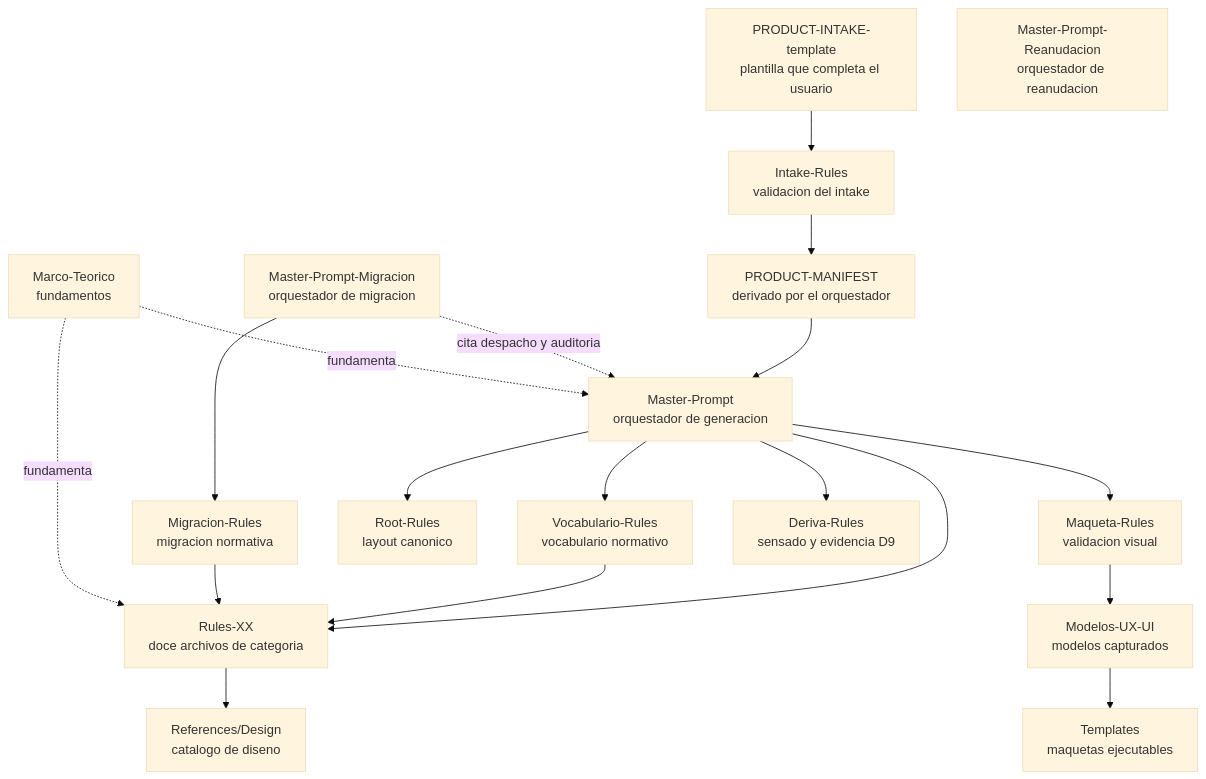
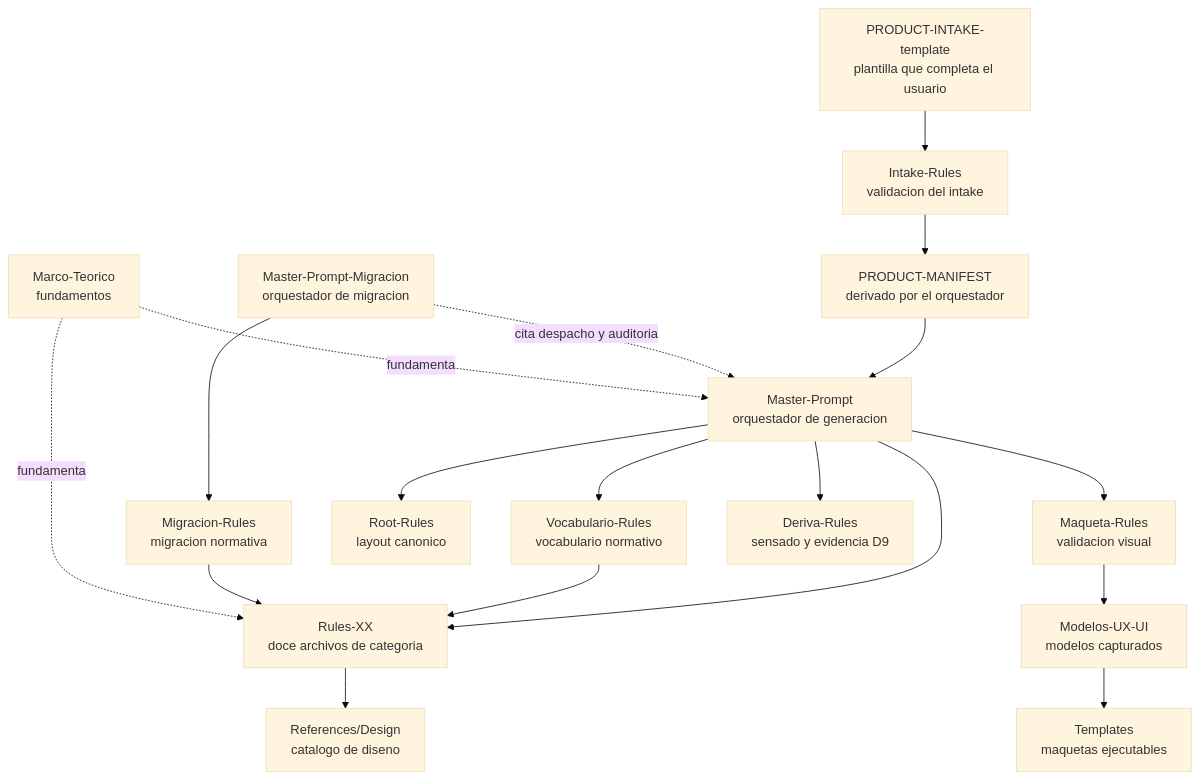
The first of 3 diagrams in _legacy/8.9/SDD/Guides/SDD-Development-Guide.md (hdcm-dev/IA.SDD), drawn with Mermaid (base theme) before and after one commit. The commit also changed other lines of this file and 96 other files, not shown here.

````diff
--- a/_legacy/8.9/SDD/Guides/SDD-Development-Guide.md
+++ b/_legacy/8.9/SDD/Guides/SDD-Development-Guide.md
@@ -88,37 +88,36 @@
 ```mermaid
 graph TD
     INTAKE[PRODUCT-INTAKE-template<br/>plantilla que completa el usuario]
     IR[Intake-Rules<br/>validacion del intake]
     VOC[Vocabulario-Rules<br/>vocabulario normativo]
     MANIF[PRODUCT-MANIFEST<br/>derivado por el orquestador]
     MP[Master-Prompt<br/>orquestador de generacion]
     MPM[Master-Prompt-Migracion<br/>orquestador de migracion]
-    MPR[Master-Prompt-Reanudacion<br/>orquestador de reanudacion]
     MIG[Migracion-Rules<br/>migracion normativa]
     RULES[Rules-XX<br/>doce archivos de categoria]
     ROOT[Root-Rules<br/>layout canonico]
     MAQ[Maqueta-Rules<br/>validacion visual]
     DER[Deriva-Rules<br/>sensado y evidencia D9]
     REF[References/Design<br/>catalogo de diseno]
     MOD[Modelos-UX-UI<br/>modelos capturados]
     TPL[Templates<br/>maquetas ejecutables]
     MT[Marco-Teorico<br/>fundamentos]
 
     INTAKE --> IR
     IR --> MANIF
     MANIF --> MP
     MP --> RULES
     MP --> ROOT
     MP --> MAQ
     MP --> DER
     MP --> VOC
     VOC --> RULES
     RULES --> REF
     MAQ --> MOD
     MOD --> TPL
     MPM --> MIG
     MPM -.cita despacho y auditoria.-> MP
     MIG --> RULES
     MT -.fundamenta.-> RULES
     MT -.fundamenta.-> MP
 ```
````
